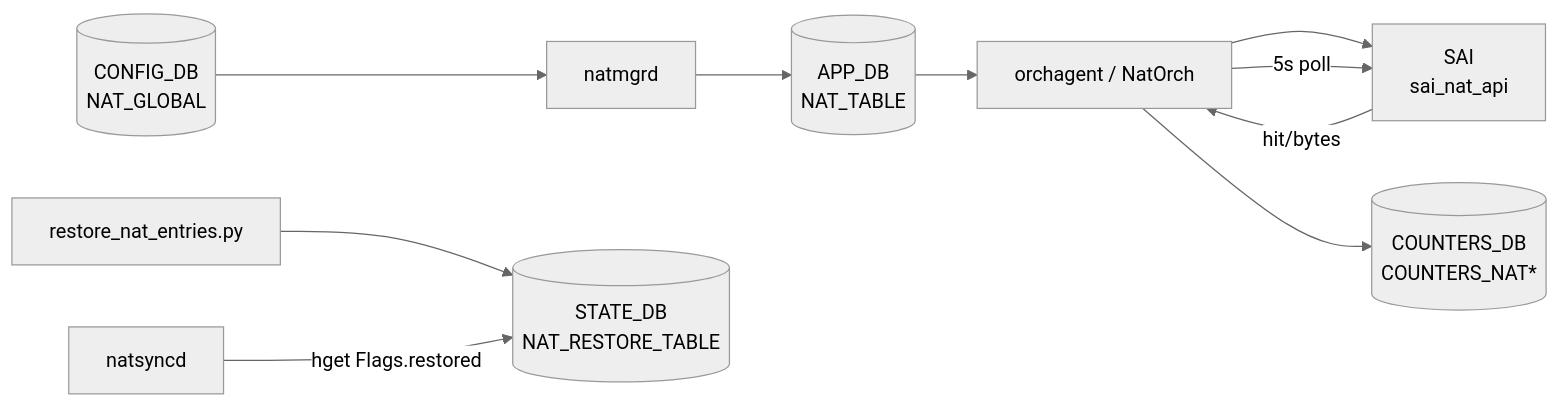
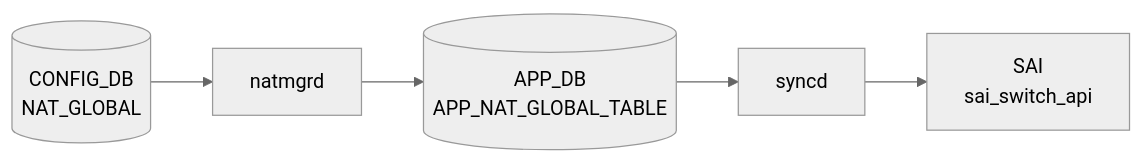
The diagram in docs/reference/config-db/nat-state.md (aoki-taquan/sonic-unofficial-docs), drawn with Mermaid (neutral theme) before and after one commit. The commit also changed other lines of this file and 359 other files, not shown here.

````diff
--- a/docs/reference/config-db/nat-state.md
+++ b/docs/reference/config-db/nat-state.md
@@ -44,19 +44,12 @@
 ```mermaid
 flowchart LR
   CDB[("CONFIG_DB<br/>NAT_GLOBAL")]
   DM["natmgrd"]
   CDB --> DM
-  APPDB[("APP_DB<br/>NAT_TABLE")]
+  APPDB[("APP_DB<br/>APP_NAT_GLOBAL_TABLE")]
   DM --> APPDB
-  ORCH["orchagent / NatOrch"]
-  APPDB --> ORCH
-  SAI["SAI<br/>sai_nat_api"]
-  ORCH --> SAI
-  STATEDB[("STATE_DB<br/>NAT_RESTORE_TABLE")]
-  RESTORE["restore_nat_entries.py"] --> STATEDB
-  NATSYNC["natsyncd"] -- "hget Flags.restored" --> STATEDB
-  COUNTERS[("COUNTERS_DB<br/>COUNTERS_NAT*")]
-  ORCH -- "5s poll" --> SAI
-  SAI -- "hit/bytes" --> ORCH
-  ORCH --> COUNTERS
+  SYNCD["syncd"]
+  APPDB --> SYNCD
+  SAI["SAI<br/>sai_switch_api"]
+  SYNCD --> SAI
 ```
````
